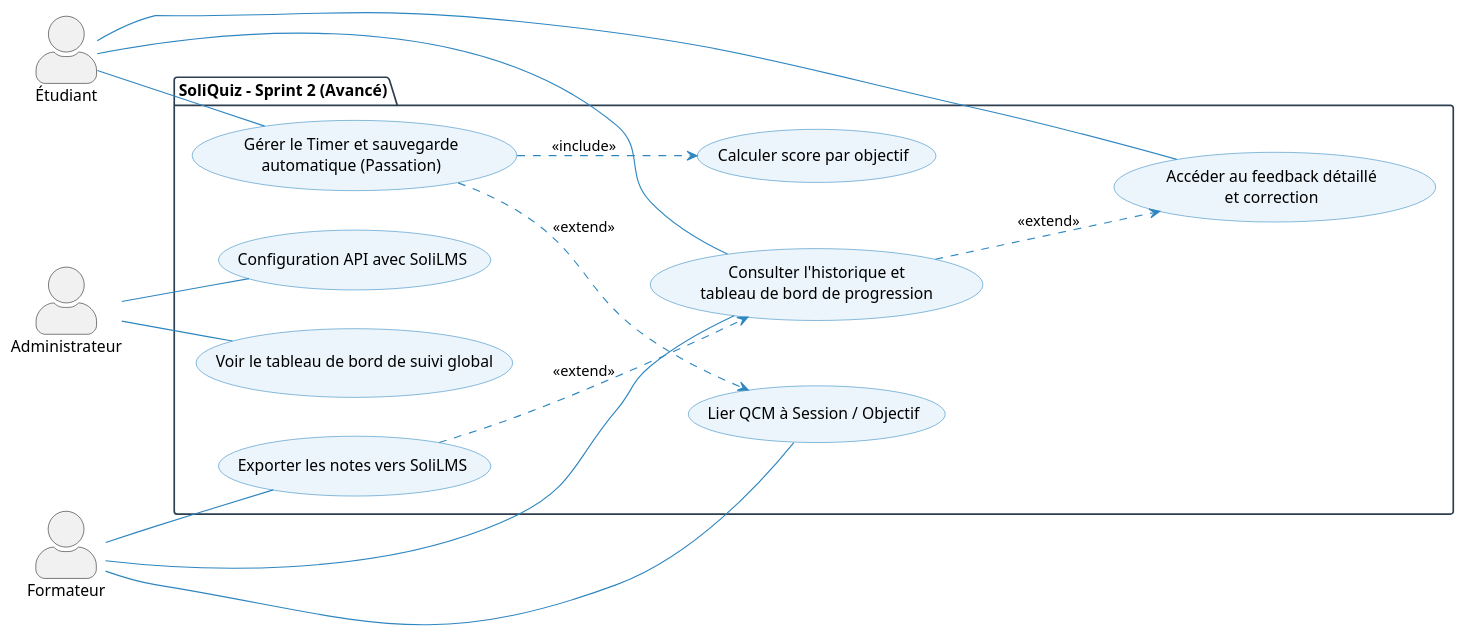
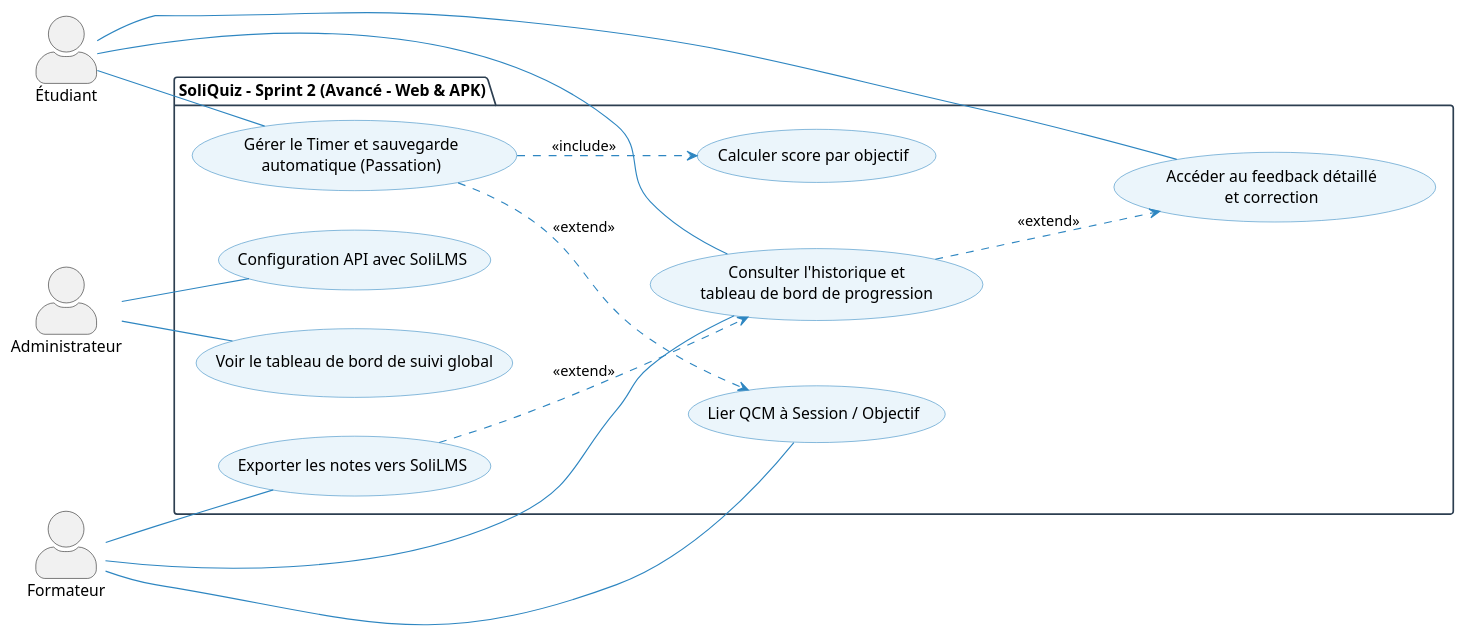
One commit to SoliQuiz/Analyse changed the diagram in cas-utilisation/cas-utilisation-sprint-2-avance.puml. Above: the diagram before and after it, drawn with PlantUML. The commit also changed 2 other files, not shown here.

Commit message:
feat: Add PlantUML use case diagrams for SoliQuiz global, Sprint 1 MVP, and Sprint 2 advanced features.

```diff
--- a/cas-utilisation/cas-utilisation-sprint-2-avance.puml
+++ b/cas-utilisation/cas-utilisation-sprint-2-avance.puml
@@ -1,38 +1,38 @@
 @startuml
 skinparam actorStyle awesome
 left to right direction
 skinparam package {
     BackgroundColor White
     BorderColor #2C3E50
 }
 skinparam usecase {
     BackgroundColor #EBF5FB
     BorderColor #2E86C1
     ArrowColor #2E86C1
 }
 actor "Administrateur" as A
 actor "Formateur" as F
 actor "Étudiant" as E
-package "SoliQuiz - Sprint 2 (Avancé)" {
+package "SoliQuiz - Sprint 2 (Avancé - Web & APK)" {
     usecase "Voir le tableau de bord de suivi global" as UC2_7
     usecase "Configuration API avec SoliLMS" as UC2_8
     usecase "Lier QCM à Session / Objectif" as UC2_1
     usecase "Calculer score par objectif" as UC2_2
     usecase "Accéder au feedback détaillé\net correction" as UC2_3
     usecase "Consulter l'historique et\ntableau de bord de progression" as UC2_4
     usecase "Gérer le Timer et sauvegarde\nautomatique (Passation)" as UC2_5
     usecase "Exporter les notes vers SoliLMS" as UC2_6
 }
 A -- UC2_7
 A -- UC2_8
 F -- UC2_1
 F -- UC2_4
 F -- UC2_6
 E -- UC2_3
 E -- UC2_4
 E -- UC2_5
 UC2_5 ..> UC2_1 : <<extend>>
 UC2_5 ..> UC2_2 : <<include>>
 UC2_4 ..> UC2_3 : <<extend>>
 UC2_6 ..> UC2_4 : <<extend>>
 @enduml
```
